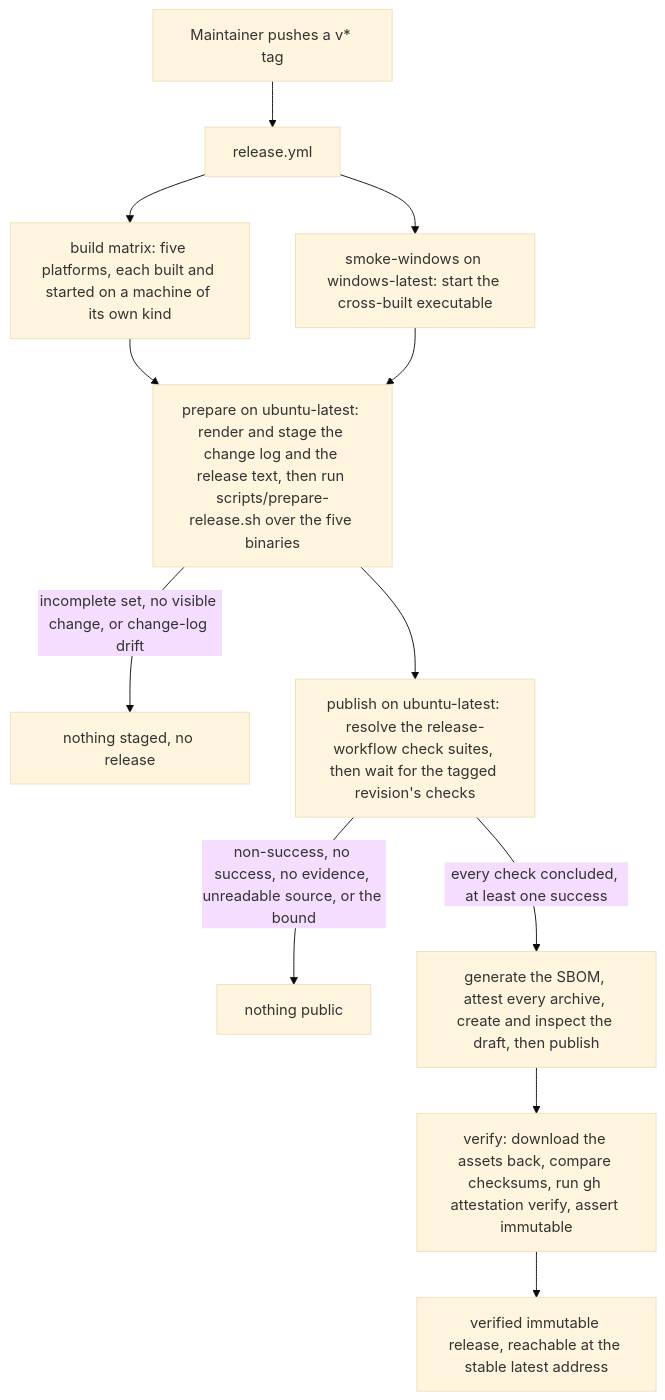
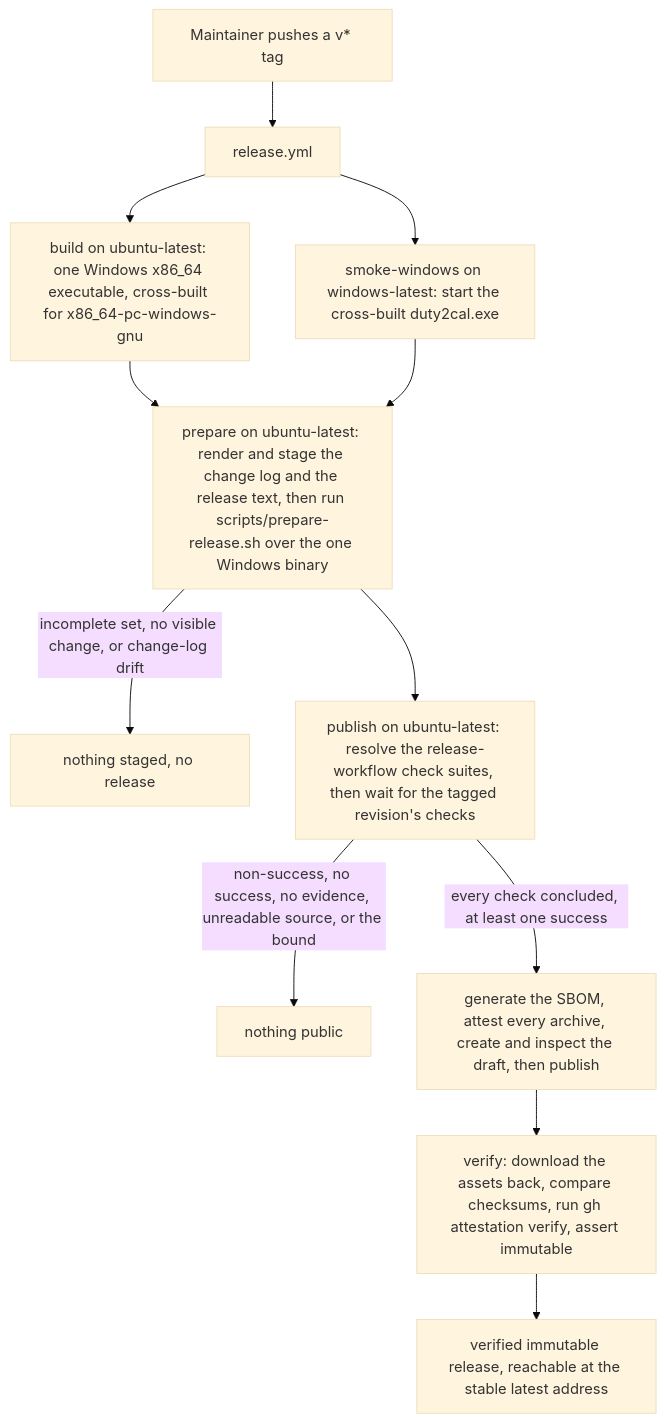
One commit to duty2cal/duty2cal changed the fourth of 6 diagrams in docs/arc42/06-runtime-view.md. Above: the diagram before and after it, drawn with Mermaid (base theme). The commit also changed other lines of this file and 14 other files, not shown here.

First line of the commit message:
feat(publish-public-release): Offer one downloadable archive for Windows, the only platform the project distributes.

````diff
--- a/docs/arc42/06-runtime-view.md
+++ b/docs/arc42/06-runtime-view.md
@@ -93,14 +93,14 @@
 ```mermaid
 flowchart TB
   tag["Maintainer pushes a v* tag"] --> rel["release.yml"]
-  rel --> build["build matrix: five platforms, each built and started on a machine of its own kind"]
-  rel --> smoke["smoke-windows on windows-latest: start the cross-built executable"]
-  build --> prep["prepare on ubuntu-latest: render and stage the change log and the release text, then run scripts/prepare-release.sh over the five binaries"]
+  rel --> build["build on ubuntu-latest: one Windows x86_64 executable, cross-built for x86_64-pc-windows-gnu"]
+  rel --> smoke["smoke-windows on windows-latest: start the cross-built duty2cal.exe"]
+  build --> prep["prepare on ubuntu-latest: render and stage the change log and the release text, then run scripts/prepare-release.sh over the one Windows binary"]
   smoke --> prep
   prep -->|"incomplete set, no visible change, or change-log drift"| nostage["nothing staged, no release"]
   prep --> pub["publish on ubuntu-latest: resolve the release-workflow check suites, then wait for the tagged revision's checks"]
   pub -->|"non-success, no success, no evidence, unreadable source, or the bound"| nopub["nothing public"]
   pub -->|"every check concluded, at least one success"| stage["generate the SBOM, attest every archive, create and inspect the draft, then publish"]
   stage --> ver["verify: download the assets back, compare checksums, run gh attestation verify, assert immutable"]
   ver --> done["verified immutable release, reachable at the stable latest address"]
 ```
````
